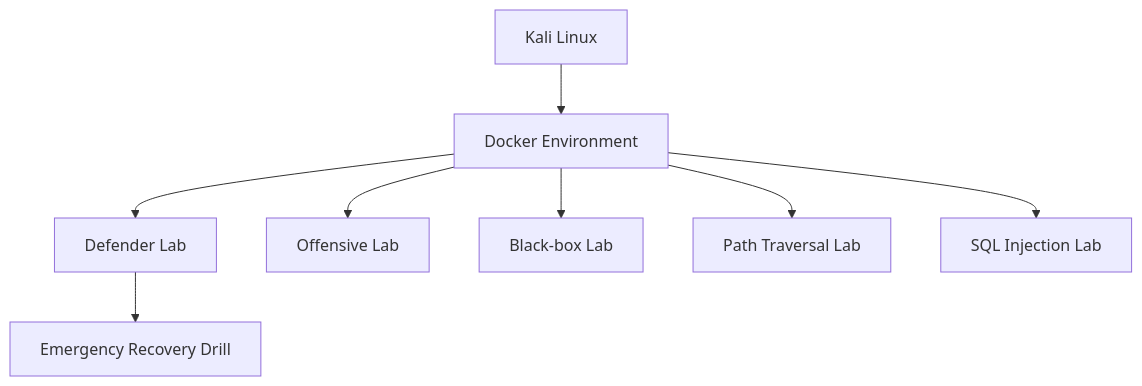
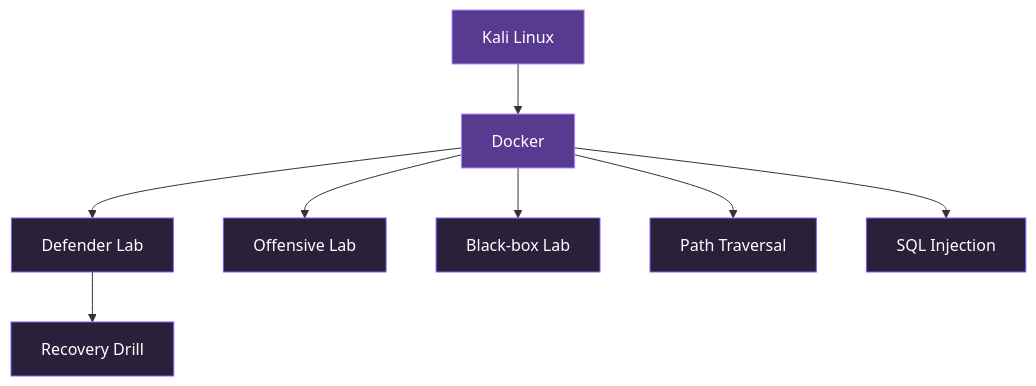
One commit to rosinss/attack-defense-ctf-homelab changed the diagram in README.md. Above: the diagram before and after it, drawn with Mermaid.

Commit message:
Enhance home lab documentation and architecture diagram

````diff
--- a/README.md
+++ b/README.md
@@ -33,10 +33,16 @@
 ```mermaid
 graph TD
-    A[Kali Linux] --> B[Docker Environment]
-    B --> C[Defender Lab]
-    B --> D[Offensive Lab]
-    B --> E[Black-box Lab]
-    B --> F[Path Traversal Lab]
-    B --> G[SQL Injection Lab]
-    C --> H[Emergency Recovery Drill]
+    A["Kali Linux"] --> B["Docker"]
+    B --> C["Defender Lab"]
+    B --> D["Offensive Lab"]
+    B --> E["Black-box Lab"]
+    B --> F["Path Traversal"]
+    B --> G["SQL Injection"]
+    C --> H["Recovery Drill"]
+
+    classDef main fill:#583A91,stroke:#A78BFA,color:#FFFFFF
+    classDef lab fill:#292139,stroke:#8B5CF6,color:#FFFFFF
+
+    class A,B main
+    class C,D,E,F,G,H lab
 ```
````
